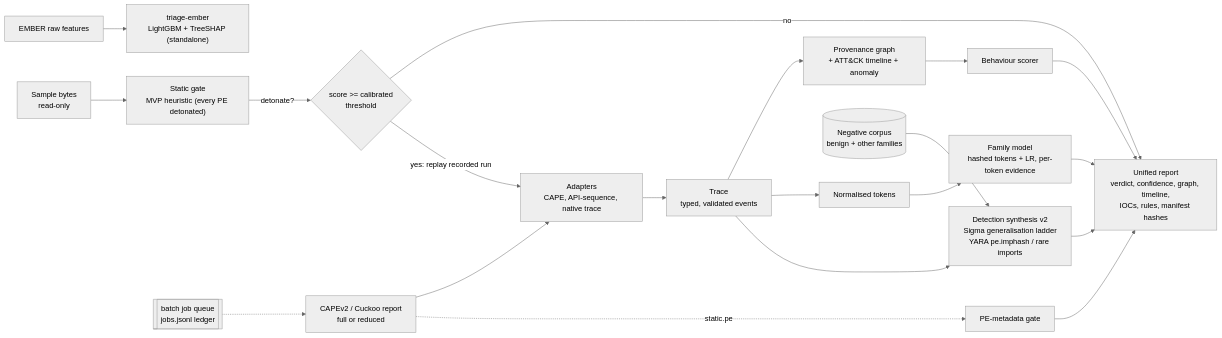
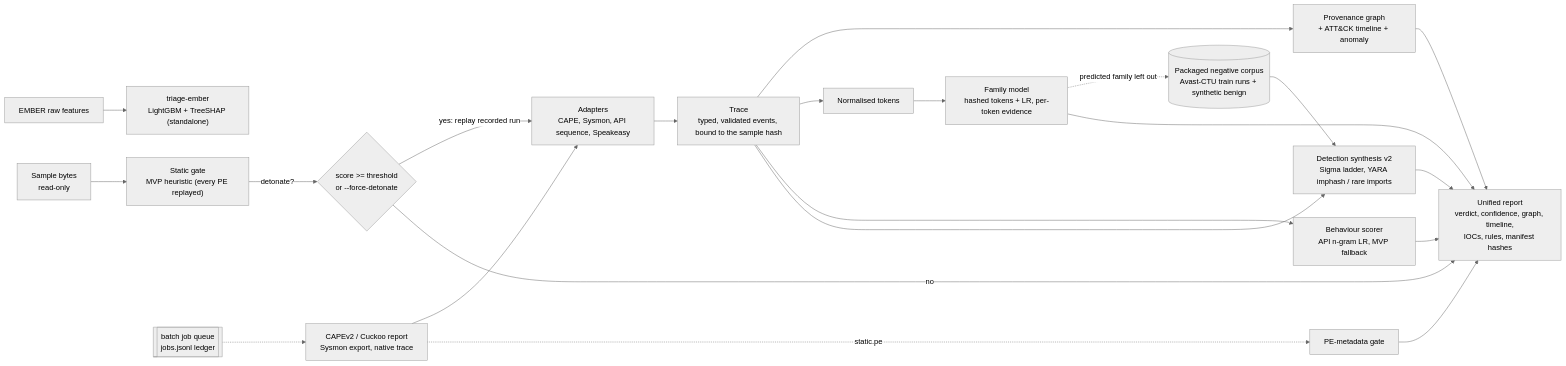
The diagram in README.md (rakshit-737/specimen), drawn with Mermaid (neutral theme) before and after one commit. The commit also changed other lines of this file and 26 other files, not shown here.

````diff
--- a/README.md
+++ b/README.md
@@ -36,22 +30,24 @@
 ```mermaid
 flowchart LR
-  S["Sample bytes<br/>read-only"] --> G["Static gate<br/>MVP heuristic (every PE detonated)"]
+  S["Sample bytes<br/>read-only"] --> G["Static gate<br/>MVP heuristic (every PE replayed)"]
   EF["EMBER raw features"] --> GE["triage-ember<br/>LightGBM + TreeSHAP (standalone)"]
-  R[CAPEv2 / Cuckoo report<br/>full or reduced] --> A[Adapters<br/>CAPE, API-sequence, native trace]
+  R["CAPEv2 / Cuckoo report<br/>Sysmon export, native trace"] --> A["Adapters<br/>CAPE, Sysmon, API sequence, Speakeasy"]
   R -. "static.pe" .-> G2["PE-metadata gate"]
-  G -->|detonate?| D{score >= calibrated<br/>threshold}
-  D -->|no| REP
-  D -->|yes: replay recorded run| A
-  A --> TR[Trace<br/>typed, validated events]
-  TR --> PROV[Provenance graph<br/>+ ATT&CK timeline + anomaly]
-  TR --> TOK[Normalised tokens]
-  TOK --> FAM[Family model<br/>hashed tokens + LR, per-token evidence]
-  PROV --> SC[Behaviour scorer]
-  TR --> SYN[Detection synthesis v2<br/>Sigma generalisation ladder<br/>YARA pe.imphash / rare imports]
-  NEG[(Negative corpus<br/>benign + other families)] --> SYN
+  G -->|"detonate?"| D{"score >= threshold<br/>or --force-detonate"}
+  D -->|"yes: replay recorded run"| A
+  D -->|"no"| REP
+  A --> TR["Trace<br/>typed, validated events, bound to the sample hash"]
+  TR --> PROV["Provenance graph<br/>+ ATT&CK timeline + anomaly"]
+  TR --> TOK["Normalised tokens"]
+  TOK --> FAM["Family model<br/>hashed tokens + LR, per-token evidence"]
+  TR --> SC["Behaviour scorer<br/>API n-gram LR, MVP fallback"]
+  TR --> SYN["Detection synthesis v2<br/>Sigma ladder, YARA imphash / rare imports"]
+  FAM -. "predicted family left out" .-> NEG
+  NEG[("Packaged negative corpus<br/>Avast-CTU train runs + synthetic benign")] --> SYN
   G2 --> REP
-  FAM --> REP[Unified report<br/>verdict, confidence, graph, timeline,<br/>IOCs, rules, manifest hashes]
+  PROV --> REP["Unified report<br/>verdict, confidence, graph, timeline,<br/>IOCs, rules, manifest hashes"]
+  FAM --> REP
   SC --> REP
   SYN --> REP
-  Q[[batch job queue<br/>jobs.jsonl ledger]] -.-> R
+  Q[["batch job queue<br/>jobs.jsonl ledger"]] -.-> R
 ```
````
